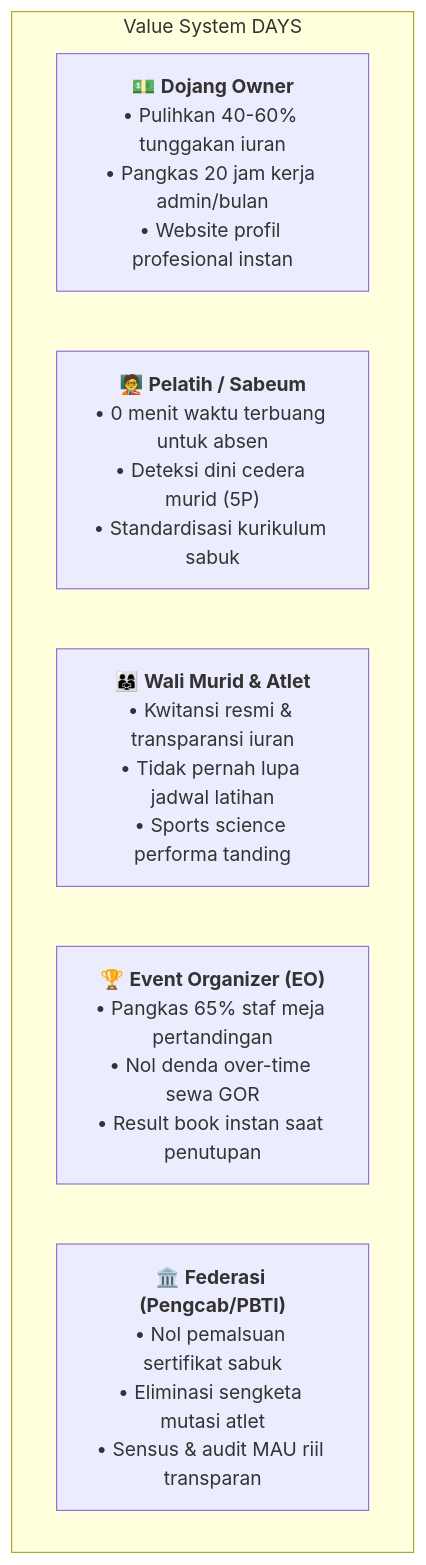
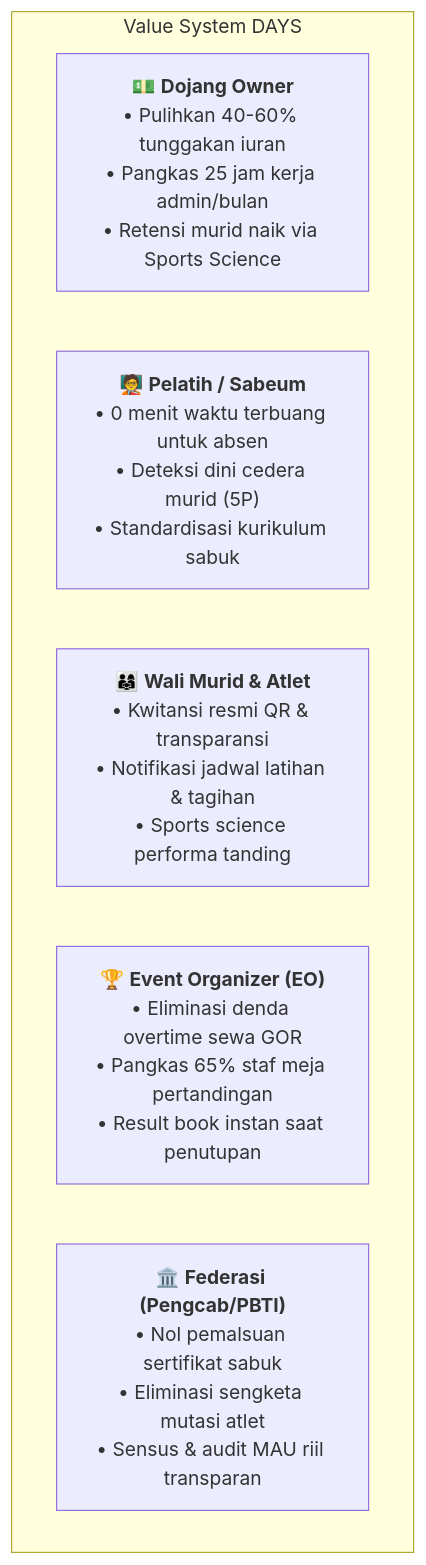
The first of 2 diagrams in content/ideas/dojang-management/02-value-system-and-monetization.md (dojangsystem-ai/days), drawn with Mermaid before and after one commit. The commit also changed other lines of this file and 18 other files, not shown here.

Commit message:
refactor: rebrand product name to DAYS across documentation and update roadmap structure

````diff
--- a/content/ideas/dojang-management/02-value-system-and-monetization.md
+++ b/content/ideas/dojang-management/02-value-system-and-monetization.md
@@ -26,10 +27,10 @@
 ```mermaid
 flowchart TD
     subgraph ValueCreation ["Value System DAYS"]
-        V1["💵 <b>Dojang Owner</b><br/>• Pulihkan 40-60% tunggakan iuran<br/>• Pangkas 20 jam kerja admin/bulan<br/>• Website profil profesional instan"]
+        V1["💵 <b>Dojang Owner</b><br/>• Pulihkan 40-60% tunggakan iuran<br/>• Pangkas 25 jam kerja admin/bulan<br/>• Retensi murid naik via Sports Science"]
         V2["🧑‍🏫 <b>Pelatih / Sabeum</b><br/>• 0 menit waktu terbuang untuk absen<br/>• Deteksi dini cedera murid (5P)<br/>• Standardisasi kurikulum sabuk"]
-        V3["👨‍👩‍👧 <b>Wali Murid & Atlet</b><br/>• Kwitansi resmi & transparansi iuran<br/>• Tidak pernah lupa jadwal latihan<br/>• Sports science performa tanding"]
-        V4["🏆 <b>Event Organizer (EO)</b><br/>• Pangkas 65% staf meja pertandingan<br/>• Nol denda over-time sewa GOR<br/>• Result book instan saat penutupan"]
+        V3["👨‍👩‍👧 <b>Wali Murid & Atlet</b><br/>• Kwitansi resmi QR & transparansi<br/>• Notifikasi jadwal latihan & tagihan<br/>• Sports science performa tanding"]
+        V4["🏆 <b>Event Organizer (EO)</b><br/>• Eliminasi denda overtime sewa GOR<br/>• Pangkas 65% staf meja pertandingan<br/>• Result book instan saat penutupan"]
         V5["🏛️ <b>Federasi (Pengcab/PBTI)</b><br/>• Nol pemalsuan sertifikat sabuk<br/>• Eliminasi sengketa mutasi atlet<br/>• Sensus & audit MAU riil transparan"]
     end
 ```
````
